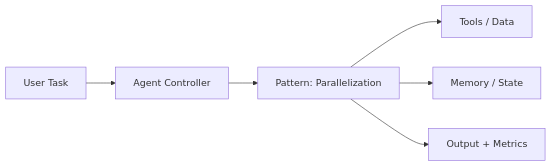
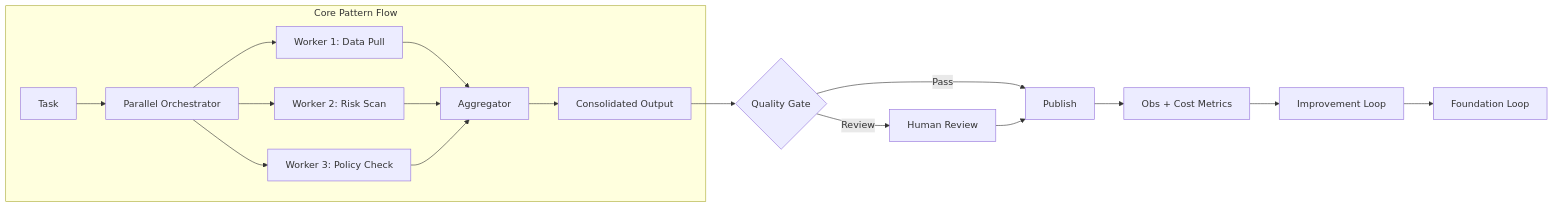
The diagram in notebooks/level_01_agent_foundations/03_parallelization_architecture.md (vivekreeves/agentic-design-patterns-lab), drawn with Mermaid before and after one commit. The commit also changed 71 other files, not shown here.

````diff
--- a/notebooks/level_01_agent_foundations/03_parallelization_architecture.md
+++ b/notebooks/level_01_agent_foundations/03_parallelization_architecture.md
@@ -5,8 +5,20 @@
 ```mermaid
 flowchart LR
-  Q[User Task] --> A[Agent Controller]
-  A --> P[Pattern: Parallelization]
-  P --> T[Tools / Data]
-  P --> M[Memory / State]
-  P --> O[Output + Metrics]
+  subgraph CoreFlow[Core Pattern Flow]
+    T[Task] --> OR[Parallel Orchestrator]
+    OR --> W1[Worker 1: Data Pull]
+    OR --> W2[Worker 2: Risk Scan]
+    OR --> W3[Worker 3: Policy Check]
+    W1 --> AG[Aggregator]
+    W2 --> AG
+    W3 --> AG
+    AG --> O[Consolidated Output]
+  end
+  O --> QG{Quality Gate}
+  QG -->|Pass| PUB[Publish]
+  QG -->|Review| HREV[Human Review]
+  HREV --> PUB
+  PUB --> OBS[Obs + Cost Metrics]
+  OBS --> LOOP[Improvement Loop]
+  LOOP --> L1[Foundation Loop]
 ```
````
